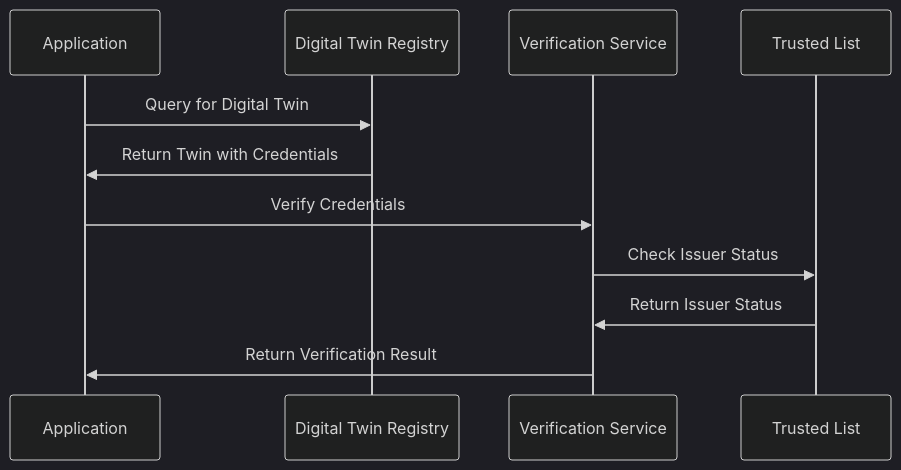
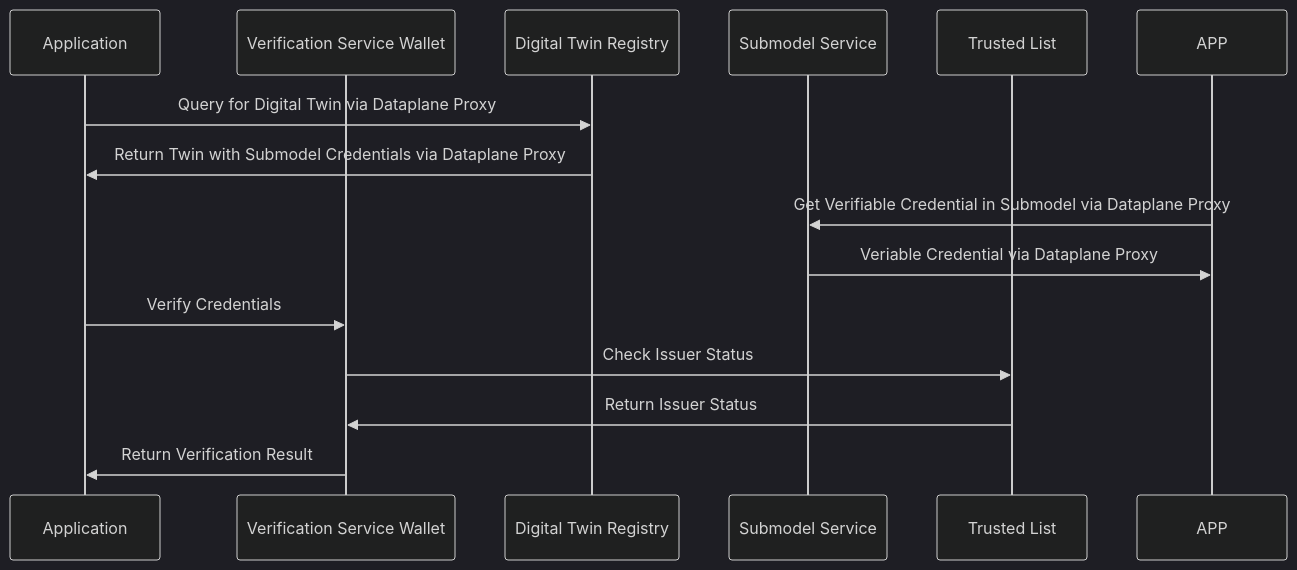
Before and after one commit to eclipse-tractusx/eclipse-tractusx.github.io: the second of 8 diagrams in docs-kits/kits/data-trust-and-security-kit/software-development-view/software-development-view.md, drawn with Mermaid (dark theme). The commit also changed other lines of this file, not shown here.

````diff
--- a/docs-kits/kits/data-trust-and-security-kit/software-development-view/software-development-view.md
+++ b/docs-kits/kits/data-trust-and-security-kit/software-development-view/software-development-view.md
@@ -395,14 +415,17 @@
 ```mermaid
 sequenceDiagram
     participant App as Application
+    participant VerifyService as Verification Service Wallet
     participant DTR as Digital Twin Registry
-    participant VerifyService as Verification Service
+    participant SS as Submodel Service
     participant TrustedList as Trusted List
     
-    App->>DTR: Query for Digital Twin
-    DTR->>App: Return Twin with Credentials
+    App->>DTR: Query for Digital Twin via Dataplane Proxy
+    DTR->>App: Return Twin with Submodel Credentials via Dataplane Proxy
+    APP->>SS: Get Verifiable Credential in Submodel via Dataplane Proxy
+    SS->>APP: Veriable Credential via Dataplane Proxy
     App->>VerifyService: Verify Credentials
     VerifyService->>TrustedList: Check Issuer Status
     TrustedList->>VerifyService: Return Issuer Status
     VerifyService->>App: Return Verification Result
 ```
````
